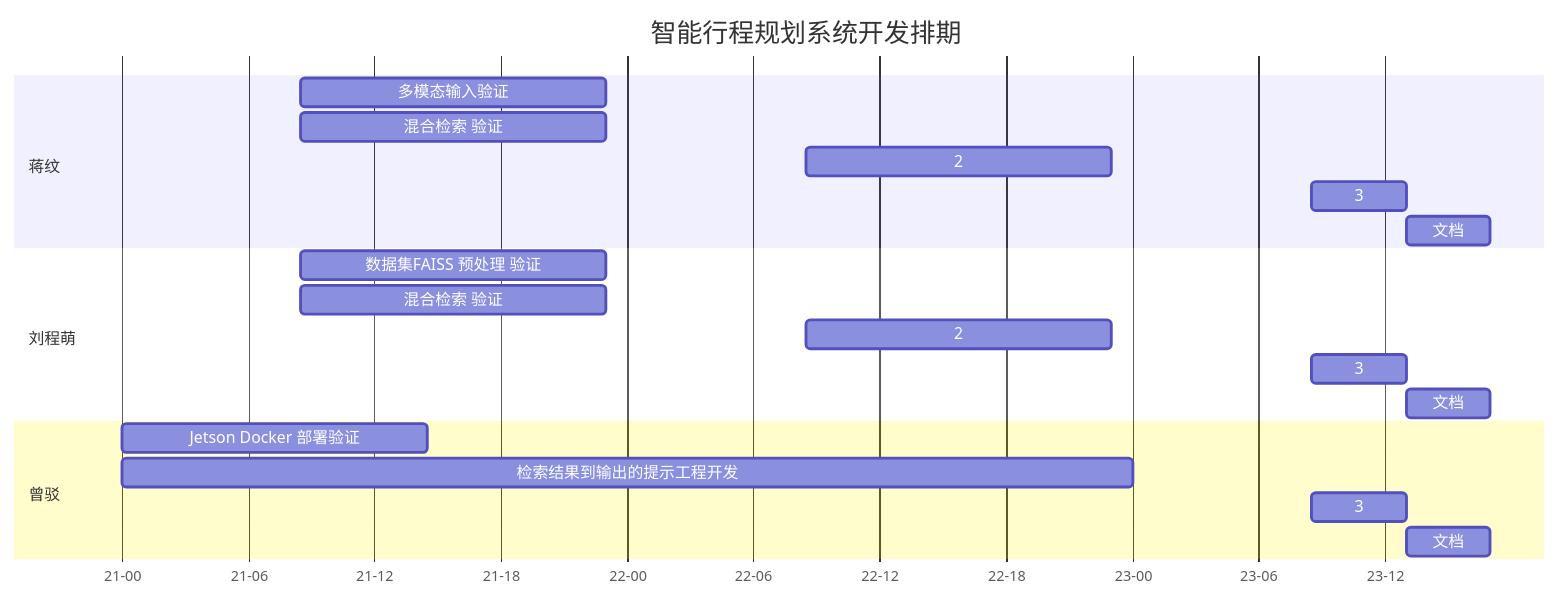
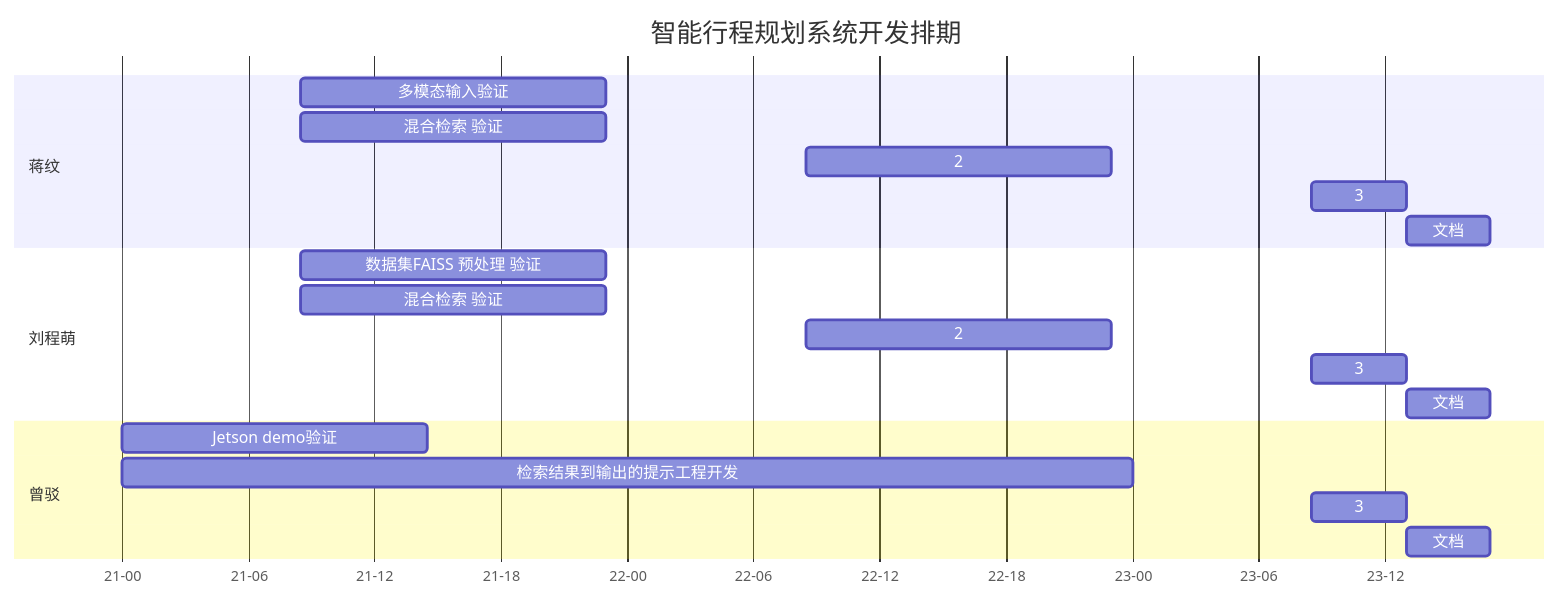
The second of 2 diagrams in doc/everything.MD (illusionaireal/CereBraWise), drawn with Mermaid before and after one commit. The commit also changed 1 other file, not shown here.

Commit message:
Implement interactive travel assistant with NVIDIA AI endpoints
- Added Jetson notebook with comprehensive travel planning workflow
- Integrated FAISS vector store for knowledge retrieval
- Implemented multi-stage conversation flow using LangChain
- Created Gradio interface for interactive travel recommendations
- Added test scenarios demonstrating full conversation flow

````diff
--- a/doc/everything.MD
+++ b/doc/everything.MD
@@ -137,26 +137,26 @@
 ```mermaid
 gantt
     title 智能行程规划系统开发排期
     dateFormat  YYYY-MM-DD HH:mm
     axisFormat %d-%H
 
     section 蒋纹
     多模态输入验证       :a1, 2025-02-21 08:30, 14.5h
     混合检索 验证        :a2, 2025-02-21 08:30, 14.5h
     2 :a3, 2025-02-22 08:30, 14.5h
     3      :c3, 2025-02-23 08:30, 4.5h
     文档       :a4, 2025-02-23 13:00, 4h
 
     section 刘程萌
     数据集FAISS 预处理 验证 :b1, 2025-02-21  08:30, 14.5h
     混合检索 验证 :b2 ,2025-02-21  08:30, 14.5h
     2  :b3, 2025-02-22  08:30, 14.5h
     3    :b4, 2025-02-23  08:30, 4.5h
     文档       :a4, 2025-02-23 13:00, 4h
 
-    section 曾驳
-    Jetson Docker 部署验证    :c1, 2025-02-21, 14.5h
+    section 曾驳 
+    Jetson demo验证    :c1, 2025-02-21, 14.5h
     检索结果到输出的提示工程开发     :c2, 2025-02-21, 2d
     3      :c3, 2025-02-23 08:30, 4.5h
     文档       :a4, 2025-02-23 13:00, 4h
 ```
````
